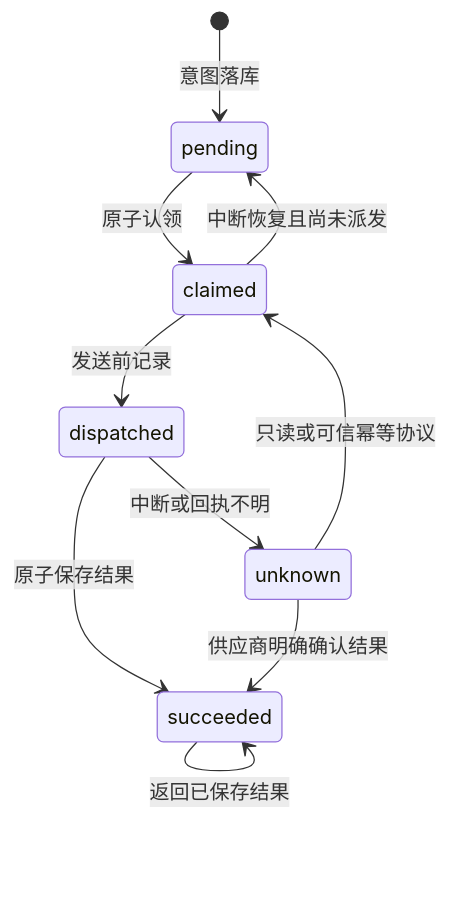
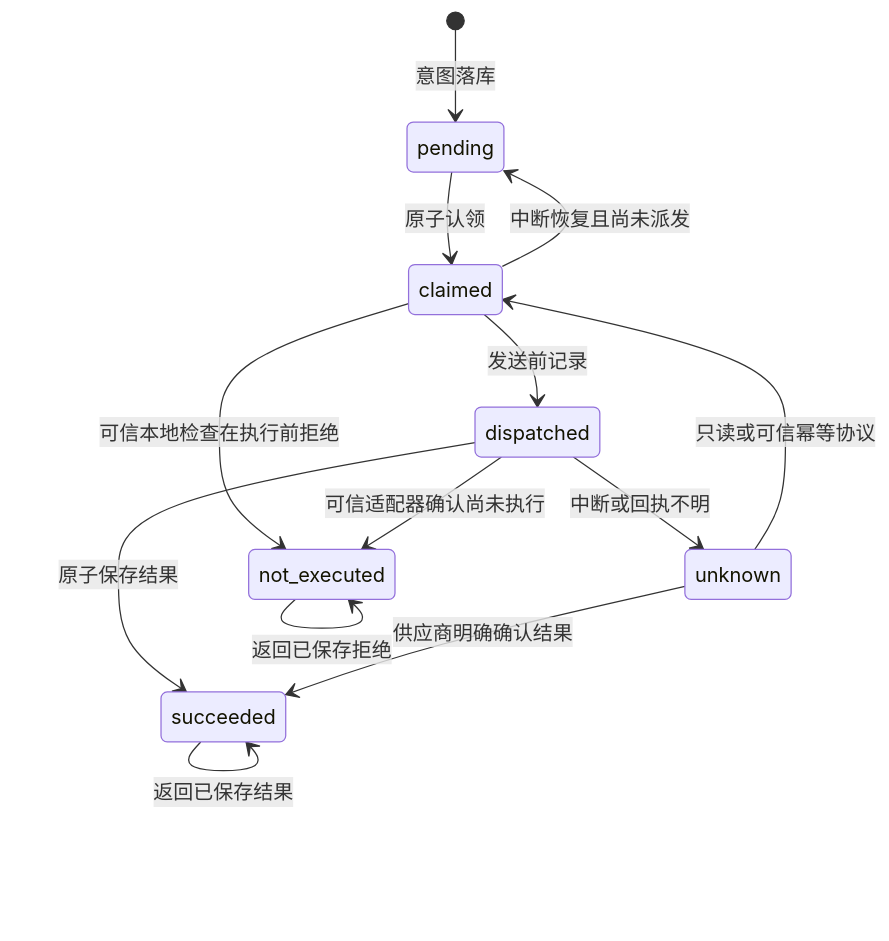
Before and after one commit to zyiguo/deepsearch-paper-agent: the fourth of 4 diagrams in docs/INTERVIEW_TECHNICAL_REPORT_20261019.md, drawn with Mermaid. The commit also changed other lines of this file and 67 other files, not shown here.

````diff
--- a/docs/INTERVIEW_TECHNICAL_REPORT_20261019.md
+++ b/docs/INTERVIEW_TECHNICAL_REPORT_20261019.md
@@ -595,12 +674,15 @@
 ```mermaid
 stateDiagram-v2
     [*] --> pending: 意图落库
     pending --> claimed: 原子认领
     claimed --> dispatched: 发送前记录
     dispatched --> succeeded: 原子保存结果
+    claimed --> not_executed: 可信本地检查在执行前拒绝
+    dispatched --> not_executed: 可信适配器确认尚未执行
     claimed --> pending: 中断恢复且尚未派发
     dispatched --> unknown: 中断或回执不明
     unknown --> claimed: 只读或可信幂等协议
     unknown --> succeeded: 供应商明确确认结果
     succeeded --> succeeded: 返回已保存结果
+    not_executed --> not_executed: 返回已保存拒绝
 ```
````
